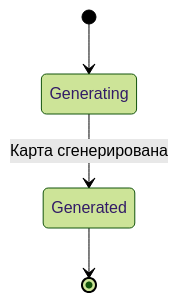
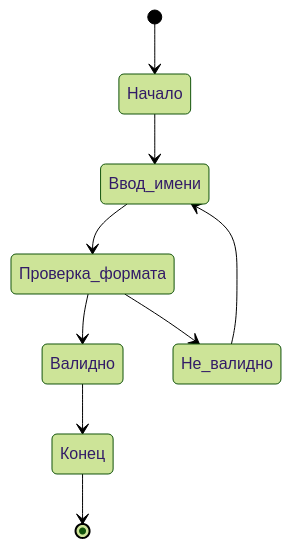
One commit to EgorVarshutin22107/laughing-potato changed the first of 4 diagrams in docs/behavior.md. Above: the diagram before and after it, drawn with Mermaid (forest theme). The commit also changed other lines of this file, not shown here.

````diff
--- a/docs/behavior.md
+++ b/docs/behavior.md
@@ -7,6 +6,11 @@
 ```mermaid
-stateDiagram
-    [*] --> Generating
-    Generating --> Generated: Карта сгенерирована
-    Generated --> [*]
+stateDiagram-v2
+    [*] --> Начало
+    Начало --> Ввод_имени
+    Ввод_имени --> Проверка_формата
+    Проверка_формата --> Валидно
+    Проверка_формата --> Не_валидно
+    Валидно --> Конец
+    Не_валидно --> Ввод_имени
+    Конец --> [*]
 ```
````
